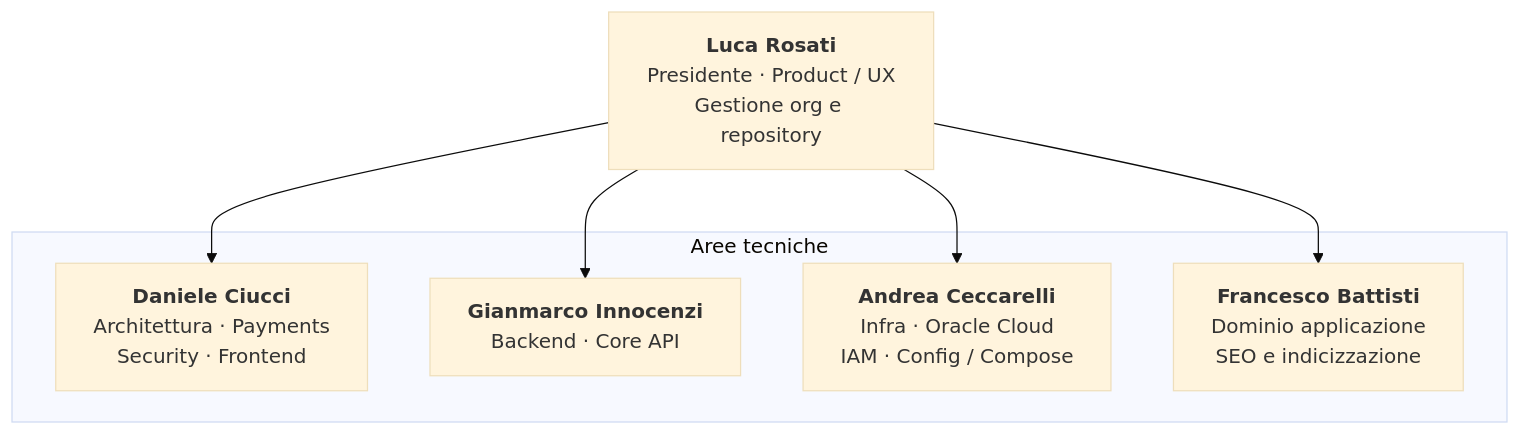
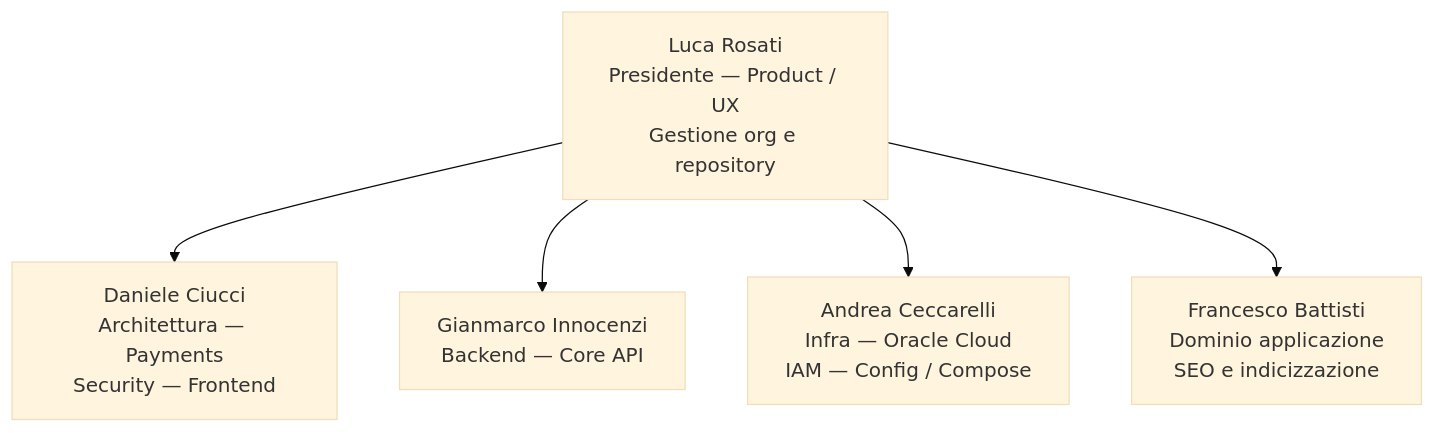
Before and after one commit to rovi-spazio/.github: the first of 2 diagrams in TEAM.md, drawn with Mermaid (base theme). The commit also changed 1 other file, not shown here.

Commit message:
Riempie README.md di root e semplifica i diagrammi Mermaid in TEAM.md

````diff
--- a/TEAM.md
+++ b/TEAM.md
@@ -18,13 +18,13 @@
 ```mermaid
 graph TD
-    LR["<b>Luca Rosati</b><br/>Presidente · Product / UX<br/>Gestione org e repository"]
+    LR["Luca Rosati<br/>Presidente — Product / UX<br/>Gestione org e repository"]
+    DC["Daniele Ciucci<br/>Architettura — Payments<br/>Security — Frontend"]
+    GI["Gianmarco Innocenzi<br/>Backend — Core API"]
+    AC["Andrea Ceccarelli<br/>Infra — Oracle Cloud<br/>IAM — Config / Compose"]
+    FB["Francesco Battisti<br/>Dominio applicazione<br/>SEO e indicizzazione"]
 
-    subgraph AREE["Aree tecniche"]
-        DC["<b>Daniele Ciucci</b><br/>Architettura · Payments<br/>Security · Frontend"]
-        GI["<b>Gianmarco Innocenzi</b><br/>Backend · Core API"]
-        AC["<b>Andrea Ceccarelli</b><br/>Infra · Oracle Cloud<br/>IAM · Config / Compose"]
-        FB["<b>Francesco Battisti</b><br/>Dominio applicazione<br/>SEO e indicizzazione"]
-    end
-
-    LR --> DC & GI & AC & FB
+    LR --> DC
+    LR --> GI
+    LR --> AC
+    LR --> FB
 ```
````
